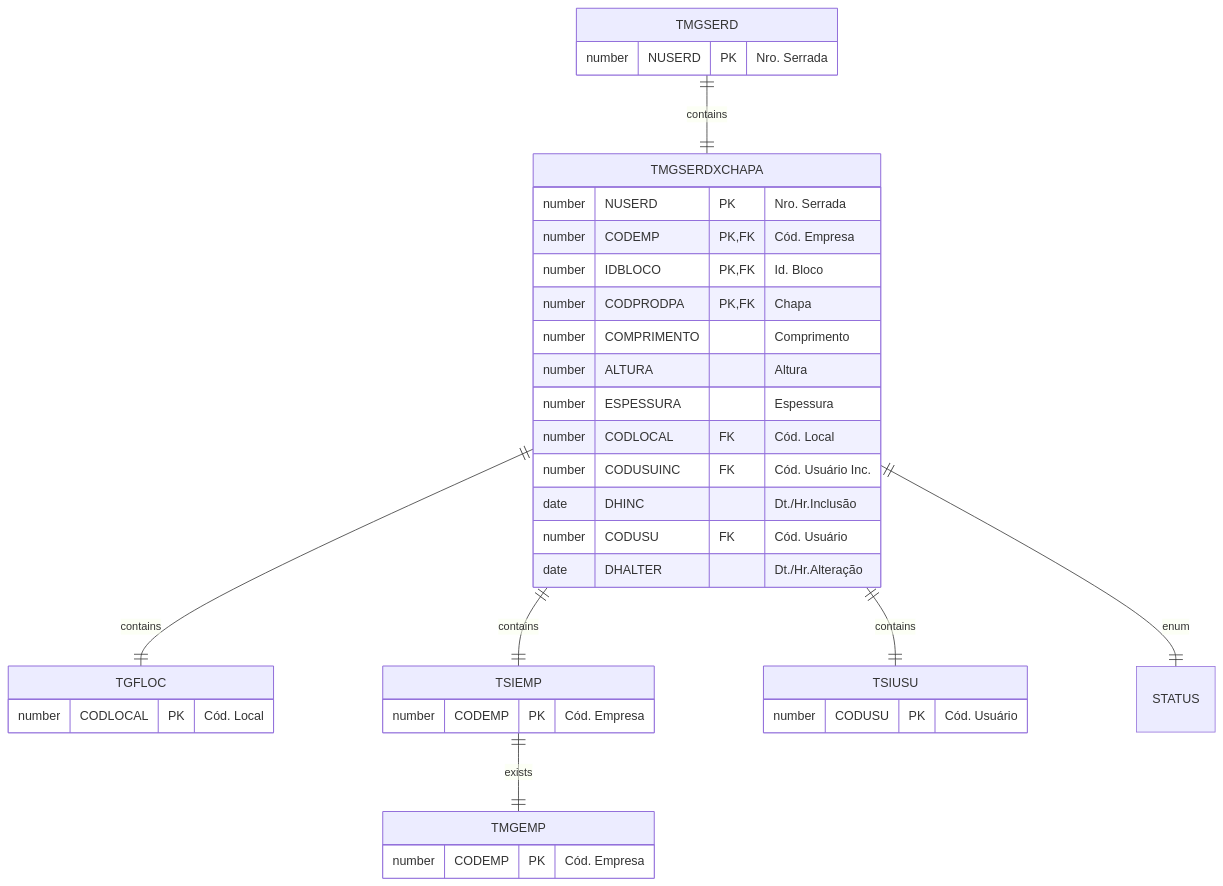
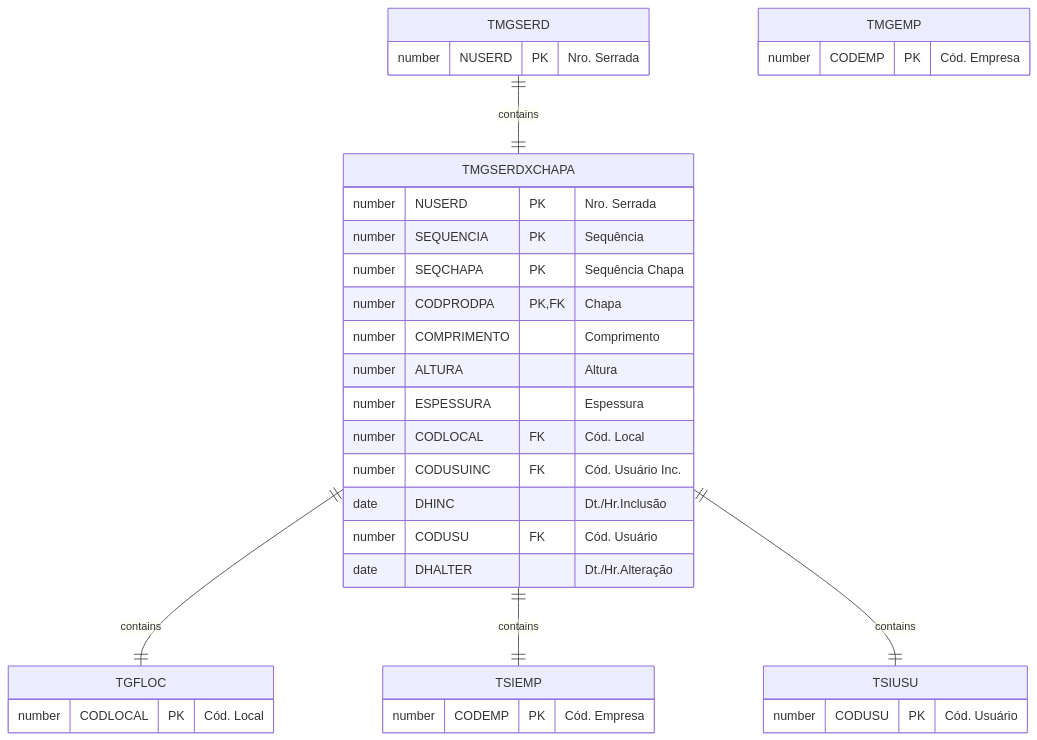
One commit to cbmsoft/margrandocs changed the diagram in docs/_database/TMGSERDXCHAPA.md. Above: the diagram before and after it, drawn with Mermaid. The commit also changed other lines of this file and 5 other files, not shown here.

````diff
--- a/docs/_database/TMGSERDXCHAPA.md
+++ b/docs/_database/TMGSERDXCHAPA.md
@@ -36,40 +36,37 @@
 ```mermaid
 erDiagram
     TMGSERD ||--|| TMGSERDXCHAPA : contains
     TMGSERDXCHAPA ||--|| TGFLOC : contains
     TMGSERDXCHAPA ||--|| TSIEMP : contains
     TMGSERDXCHAPA ||--|| TSIUSU : contains
-    TMGSERDXCHAPA ||--|| STATUS : enum
     
-    TSIEMP ||--|| TMGEMP : exists
-
     TMGSERD {
         number NUSERD PK "Nro. Serrada"
     }
     TMGSERDXCHAPA {
         number NUSERD PK "Nro. Serrada"
-        number CODEMP PK,FK "Cód. Empresa"
-        number IDBLOCO PK,FK "Id. Bloco"
+        number SEQUENCIA PK "Sequência  "
+        number SEQCHAPA PK "Sequência Chapa"
         number CODPRODPA PK,FK "Chapa"
         number COMPRIMENTO "Comprimento"
         number ALTURA "Altura"
         number ESPESSURA "Espessura"
-        number CODLOCAL FK "Cód. Local"
+        number CODLOCAL FK "Cód. Local  "
         number CODUSUINC FK "Cód. Usuário Inc."
         date DHINC "Dt./Hr.Inclusão"
         number CODUSU FK "Cód. Usuário"
         date DHALTER "Dt./Hr.Alteração"
     }
     TGFLOC {
         number CODLOCAL PK "Cód. Local"
     }
     TSIUSU {
         number CODUSU PK "Cód. Usuário"
     }
     TSIEMP {
         number CODEMP PK "Cód. Empresa"
     }
     TMGEMP {
         number CODEMP PK "Cód. Empresa"
     }
 ```
````
